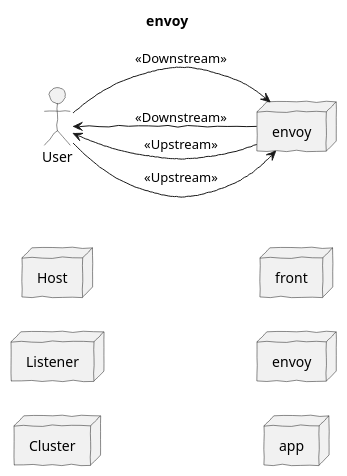
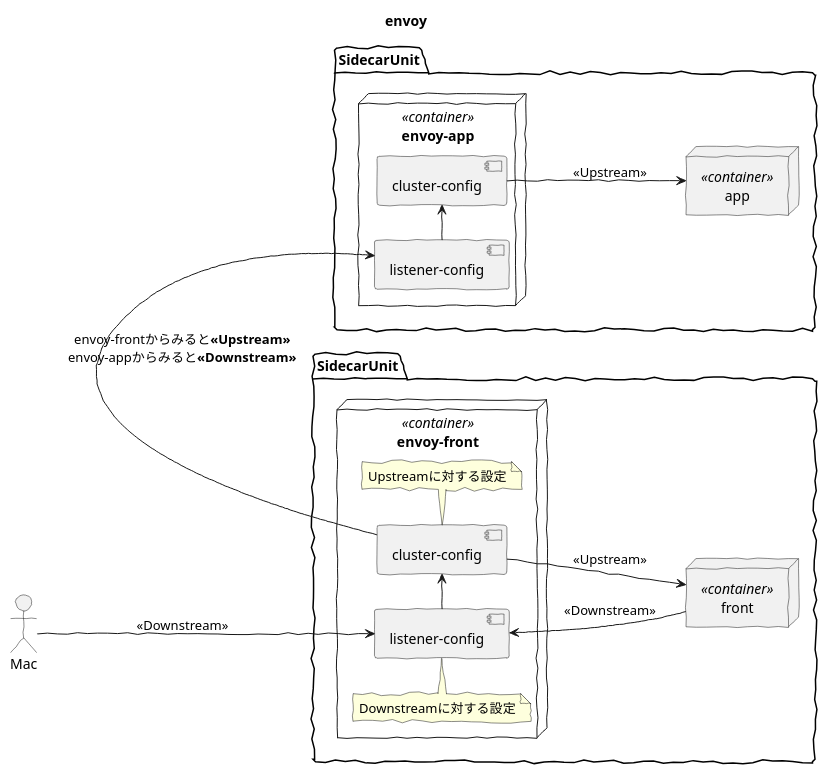
One commit to xshoji/docker-envoy-sample changed the diagram in uml/envoy.puml. Above: the diagram before and after it, drawn with PlantUML. The commit also changed 1 other file, not shown here.

```diff
--- a/uml/envoy.puml
+++ b/uml/envoy.puml
@@ -1,30 +1,52 @@
 @startuml
 title envoy
 
 '==============================
 ' Setting
 '==============================
 left to right direction
 skinparam handwritten true
 
 
-node "Host"
-node "Listener"
-node "Cluster"
+actor Mac as Mac
 
-'actor User as 
-actor User
-node envoy as envoyFront
-node front
+package SidecarUnit as SidecarUnitFront {
+  node envoy-front <<container>> as EnvoyFront {
+    component "listener-config" as ListenerConfigFront
+    note top of ListenerConfigFront 
+      Downstreamに対する設定
+    end note
+    
+    component "cluster-config" as ClusterConfigFront
+    note bottom of ClusterConfigFront 
+      Upstreamに対する設定
+    end note    
+  }
+  node front <<container>> as Front
+}
 
-node envoy as envoyApp
-node app
+package SidecarUnit as SidecarUnitApp {
+  node envoy-app <<container>> as EnvoyApp {
+    component "listener-config" as ListenerConfigApp
+    component "cluster-config" as ClusterConfigApp
+  }
+  node app <<container>> as App
+}
 
-User --> envoyFront : <<Downstream>>
-User <-- envoyFront : <<Downstream>>
+Mac --> ListenerConfigFront : <<Downstream>>
+ListenerConfigFront -> ClusterConfigFront
 
-User <-- envoyFront : <<Upstream>>
-User --> envoyFront : <<Upstream>>
+ClusterConfigFront --> Front : <<Upstream>>
+ListenerConfigFront <-- Front : <<Downstream>>
+
+ClusterConfigFront -> ListenerConfigApp : envoy-frontからみると<b><<Upstream>></b>\nenvoy-appからみると<b><<Downstream>></b>
+
+ListenerConfigApp -> ClusterConfigApp
+ClusterConfigApp --> App : <<Upstream>>
+
+
+'------------
+' layout
 
 
 @enduml
```
